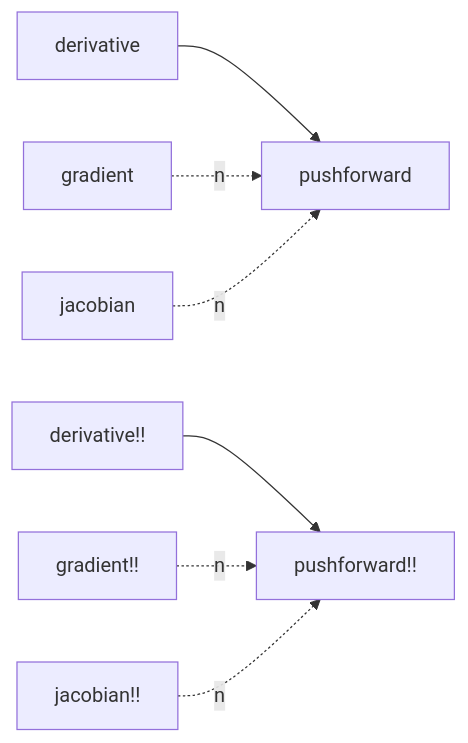
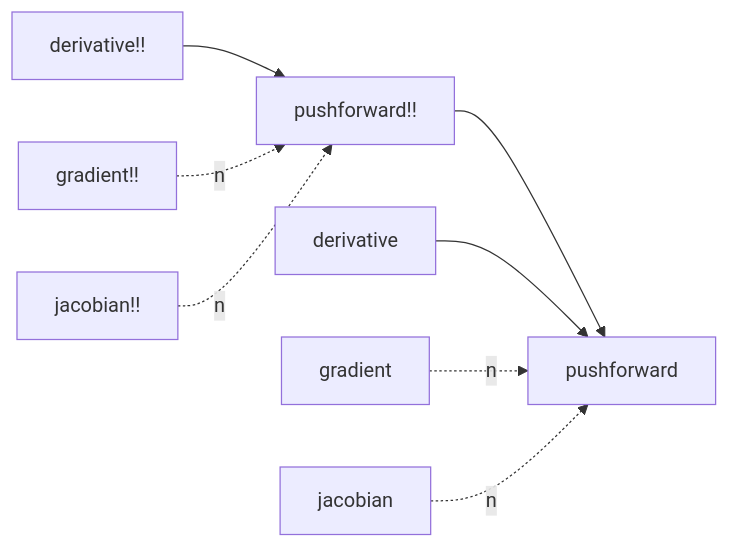
The first of 2 diagrams in docs/src/developer.md (gdalle/DifferentiationInterface.jl), drawn with Mermaid before and after one commit. The commit also changed other lines of this file and 30 other files, not shown here.

````diff
--- a/docs/src/developer.md
+++ b/docs/src/developer.md
@@ -29,9 +29,10 @@
 ```mermaid
 flowchart LR
+    pushforward!! --> pushforward
     derivative --> pushforward
     derivative!! --> pushforward!!
     gradient .-> |n|pushforward
     gradient!! .-> |n|pushforward!!
     jacobian .-> |n|pushforward
     jacobian!! .-> |n|pushforward!!
 ```
````
